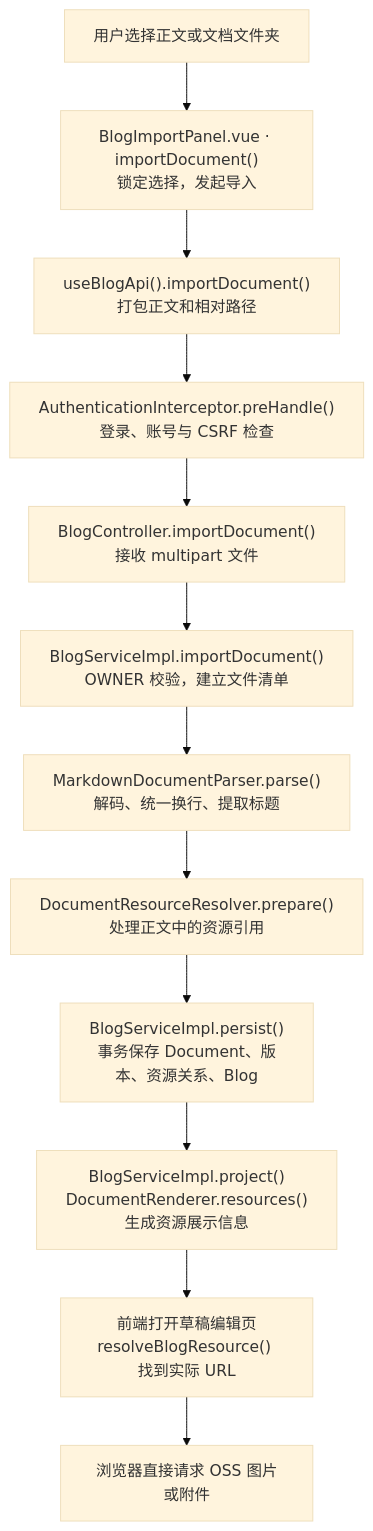
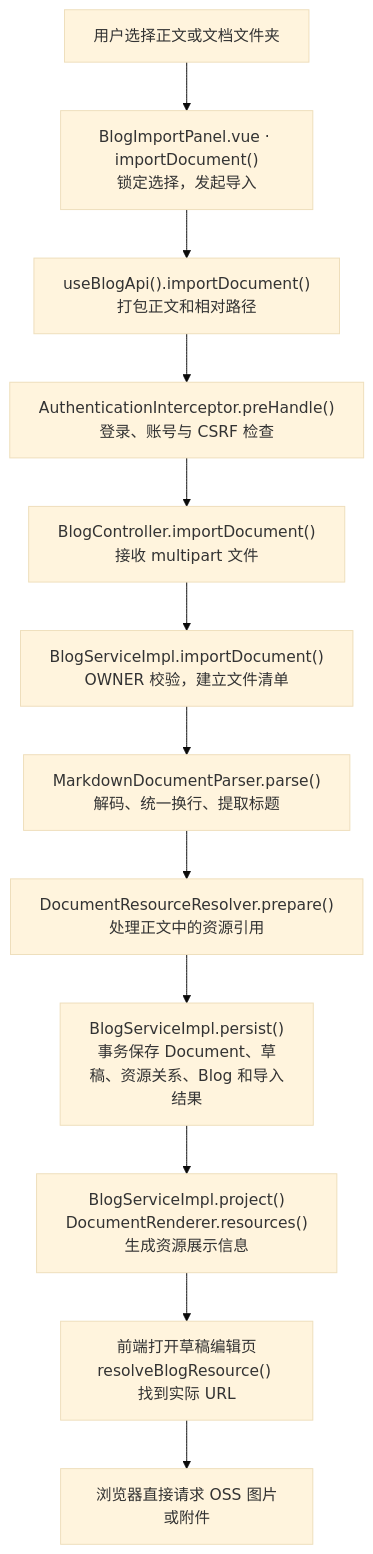
Before and after one commit to WKING66/mai-s-portfolio: the first of 8 diagrams in resources/learning/document-import-lifecycle.md, drawn with Mermaid (base theme). The commit also changed other lines of this file and 76 other files, not shown here.

Commit message:
refactor(backend-blog): align document draft and publication lifecycle

````diff
--- a/resources/learning/document-import-lifecycle.md
+++ b/resources/learning/document-import-lifecycle.md
@@ -24,14 +26,14 @@
 ```mermaid
 flowchart TD
     A["用户选择正文或文档文件夹"] --> B["BlogImportPanel.vue · importDocument()<br/>锁定选择，发起导入"]
     B --> C["useBlogApi().importDocument()<br/>打包正文和相对路径"]
     C --> D["AuthenticationInterceptor.preHandle()<br/>登录、账号与 CSRF 检查"]
     D --> E["BlogController.importDocument()<br/>接收 multipart 文件"]
     E --> F["BlogServiceImpl.importDocument()<br/>OWNER 校验，建立文件清单"]
     F --> G["MarkdownDocumentParser.parse()<br/>解码、统一换行、提取标题"]
     G --> H["DocumentResourceResolver.prepare()<br/>处理正文中的资源引用"]
-    H --> I["BlogServiceImpl.persist()<br/>事务保存 Document、版本、资源关系、Blog"]
+    H --> I["BlogServiceImpl.persist()<br/>事务保存 Document、草稿、资源关系、Blog 和导入结果"]
     I --> J["BlogServiceImpl.project()<br/>DocumentRenderer.resources()<br/>生成资源展示信息"]
     J --> K["前端打开草稿编辑页<br/>resolveBlogResource() 找到实际 URL"]
     K --> L["浏览器直接请求 OSS 图片或附件"]
 ```
````
